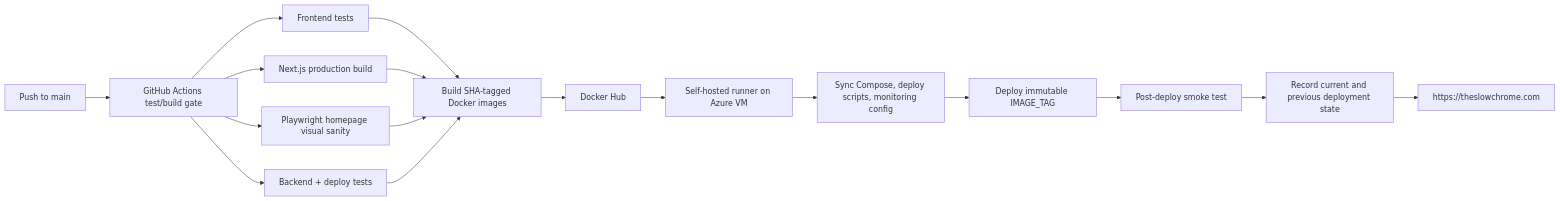
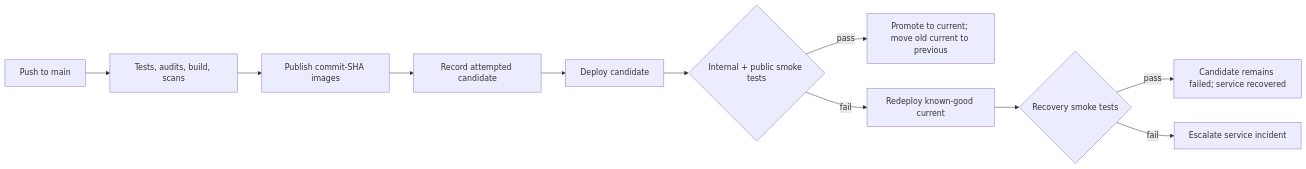
The third of 4 diagrams in docs/technical-case-study.md (hzzcoding/SlowChrome-Showcase), drawn with Mermaid before and after one commit. The commit also changed other lines of this file and 1 other file, not shown here.

````diff
--- a/docs/technical-case-study.md
+++ b/docs/technical-case-study.md
@@ -107,19 +142,13 @@
 ```mermaid
 flowchart LR
-    push["Push to main"] --> gate["GitHub Actions test/build gate"]
-    gate --> unit["Frontend tests"]
-    gate --> build["Next.js production build"]
-    gate --> visual["Playwright homepage visual sanity"]
-    gate --> backendTests["Backend + deploy tests"]
-    unit --> images["Build SHA-tagged Docker images"]
-    build --> images
-    visual --> images
-    backendTests --> images
-    images --> dockerHub["Docker Hub"]
-    dockerHub --> runner["Self-hosted runner on Azure VM"]
-    runner --> sync["Sync Compose, deploy scripts, monitoring config"]
-    sync --> deploy["Deploy immutable IMAGE_TAG"]
-    deploy --> smoke["Post-deploy smoke test"]
-    smoke --> record["Record current and previous deployment state"]
-    record --> live["https://theslowchrome.com"]
+    push["Push to main"] --> gate["Tests, audits, build, scans"]
+    gate --> image["Publish commit-SHA images"]
+    image --> attempted["Record attempted candidate"]
+    attempted --> deploy["Deploy candidate"]
+    deploy --> smoke{"Internal + public smoke tests"}
+    smoke -->|pass| promote["Promote to current; move old current to previous"]
+    smoke -->|fail| restore["Redeploy known-good current"]
+    restore --> recovery{"Recovery smoke tests"}
+    recovery -->|pass| failed["Candidate remains failed; service recovered"]
+    recovery -->|fail| incident["Escalate service incident"]
 ```
````
